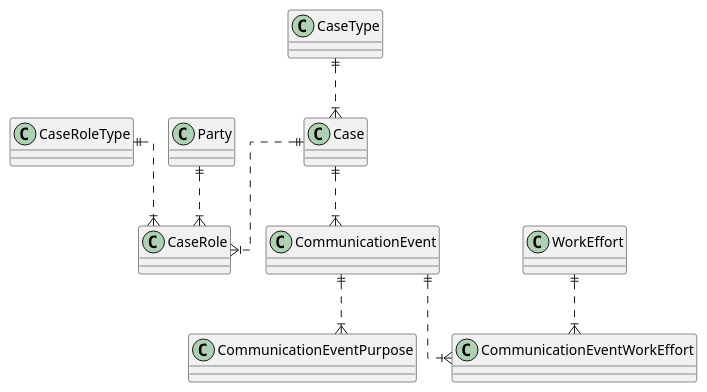
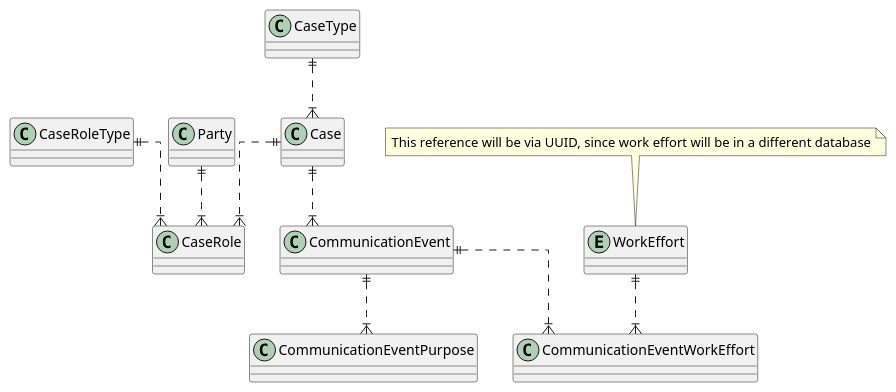
Before and after one commit to ErpMicroServices/people_and_organizations-database: the diagram in ERD/CommunicationEventFollowUp.puml, drawn with PlantUML.

Commit message:
Added note

```diff
--- a/ERD/CommunicationEventFollowUp.puml
+++ b/ERD/CommunicationEventFollowUp.puml
@@ -1,17 +1,21 @@
 @startuml
 ' hide the spot
 ' hide circle
 
 ' avoid problems with angled crows feet
 skinparam linetype ortho
+
+entity WorkEffort
+
+note top of WorkEffort : This reference will be via UUID, since work effort will be in a different database
 
 CaseType ||..|{ Case
 Case ||..|{ CaseRole
 CaseRoleType ||..|{ CaseRole
 Party ||..|{ CaseRole
 Case ||..|{ CommunicationEvent
 CommunicationEvent ||..|{ CommunicationEventPurpose
 CommunicationEvent ||..|{ CommunicationEventWorkEffort
 WorkEffort ||..|{ CommunicationEventWorkEffort
 
 @enduml
```
